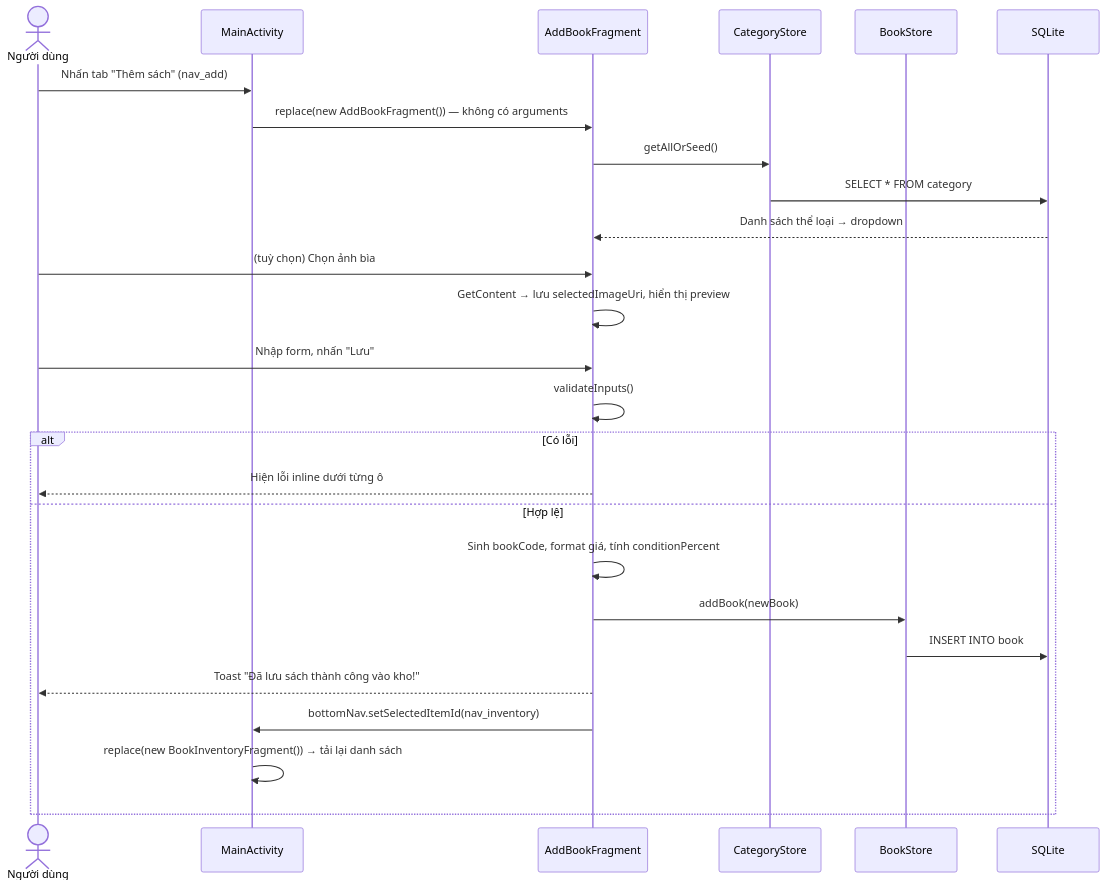
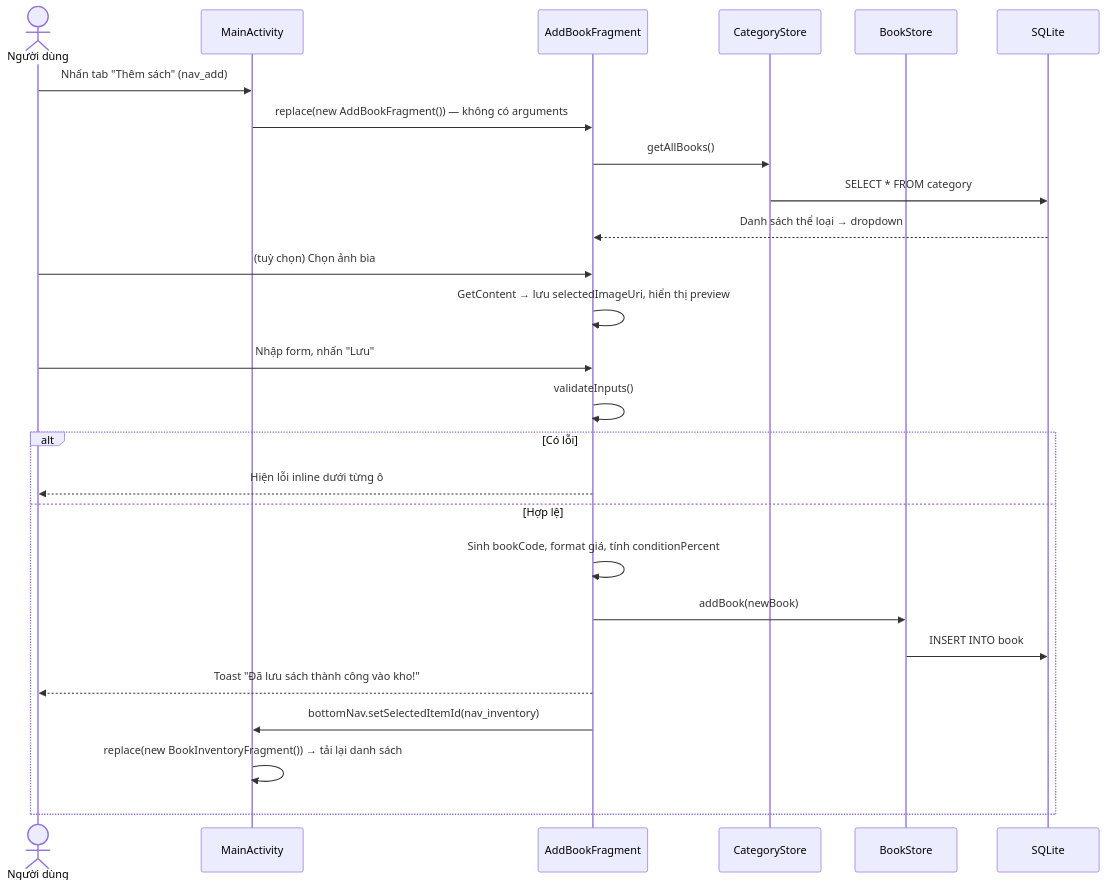
One commit to thuytran95/book-store changed the first of 3 diagrams in docs/luong-them-sua-xoa-sach.md. Above: the diagram before and after it, drawn with Mermaid. The commit also changed other lines of this file and 10 other files, not shown here.

````diff
--- a/docs/luong-them-sua-xoa-sach.md
+++ b/docs/luong-them-sua-xoa-sach.md
@@ -29,29 +29,29 @@
 ```mermaid
 sequenceDiagram
     actor U as Người dùng
     participant MA as MainActivity
     participant F as AddBookFragment
     participant CS as CategoryStore
     participant BS as BookStore
     participant DB as SQLite
 
     U->>MA: Nhấn tab "Thêm sách" (nav_add)
     MA->>F: replace(new AddBookFragment()) — không có arguments
-    F->>CS: getAllOrSeed()
+    F->>CS: getAllBooks()
     CS->>DB: SELECT * FROM category
     DB-->>F: Danh sách thể loại → dropdown
     U->>F: (tuỳ chọn) Chọn ảnh bìa
     F->>F: GetContent → lưu selectedImageUri, hiển thị preview
     U->>F: Nhập form, nhấn "Lưu"
     F->>F: validateInputs()
     alt Có lỗi
         F-->>U: Hiện lỗi inline dưới từng ô
     else Hợp lệ
         F->>F: Sinh bookCode, format giá, tính conditionPercent
         F->>BS: addBook(newBook)
         BS->>DB: INSERT INTO book
         F-->>U: Toast "Đã lưu sách thành công vào kho!"
         F->>MA: bottomNav.setSelectedItemId(nav_inventory)
         MA->>MA: replace(new BookInventoryFragment()) → tải lại danh sách
     end
 ```
````
